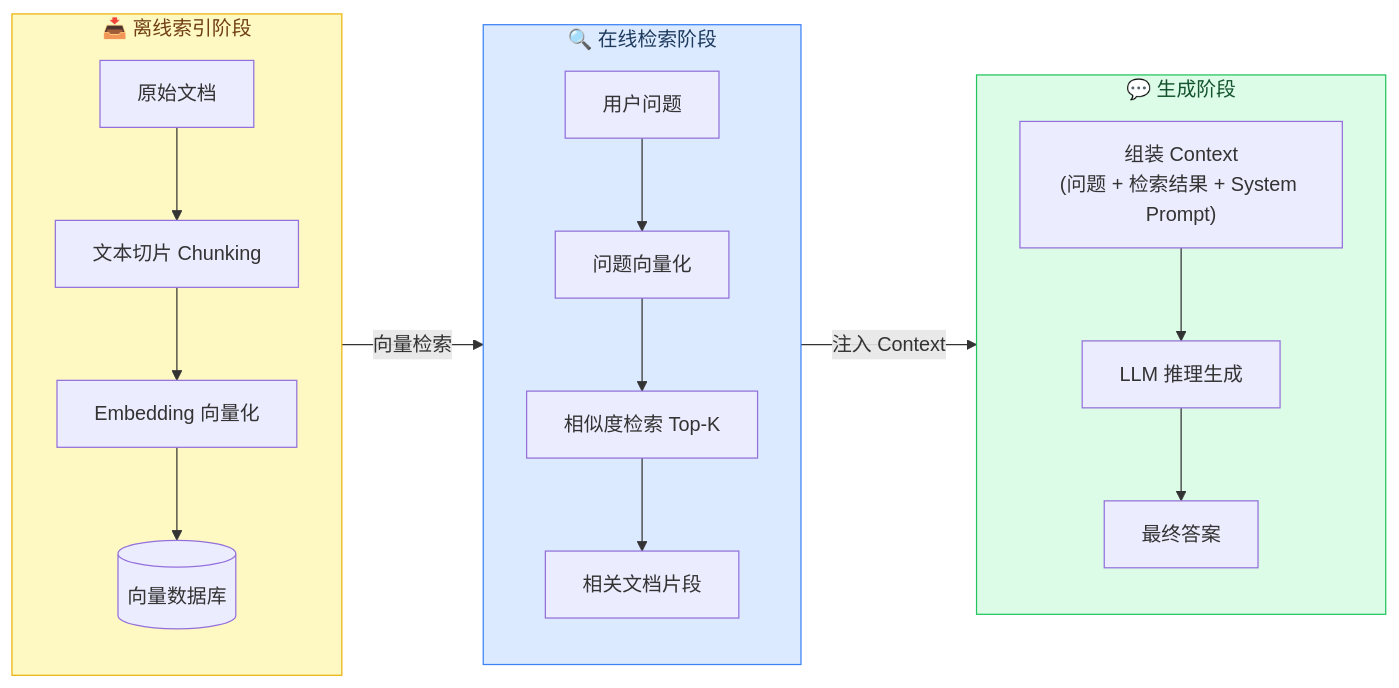
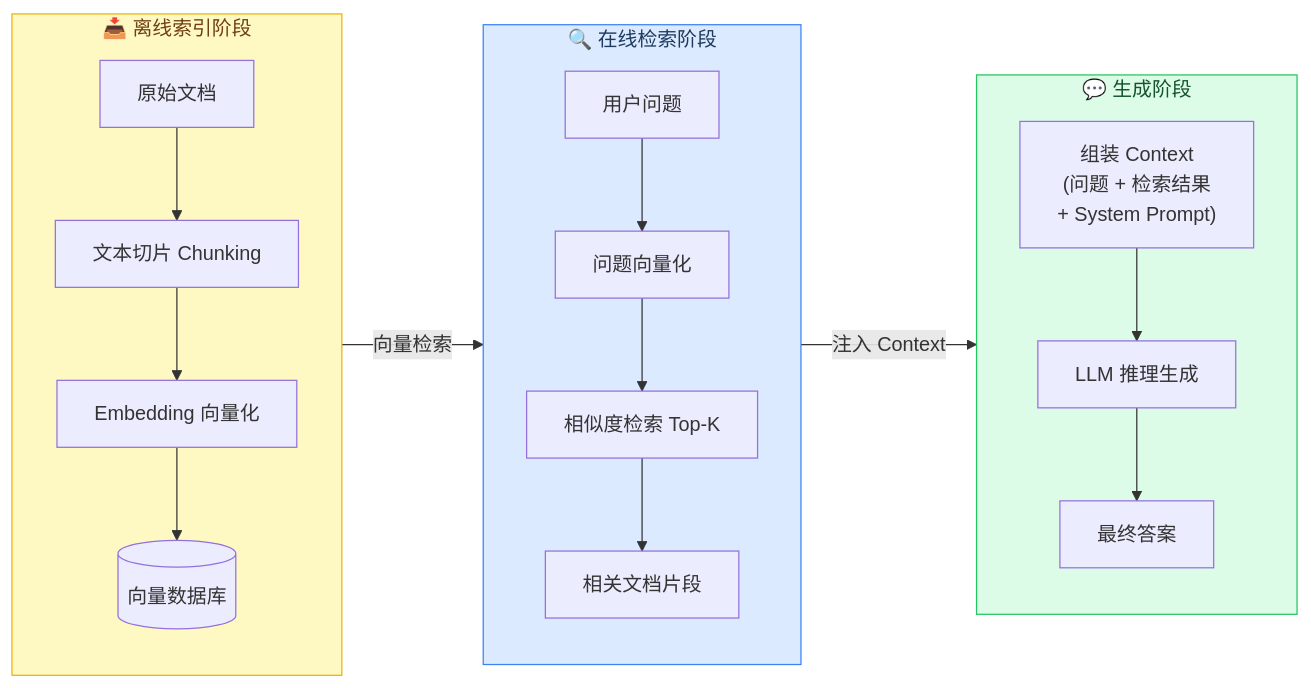
The sixth of 11 diagrams in ai/concepts/AI核心概念梳理-LLM-Prompt-Agent-RAG-MCP-Skill-Context-Harness.md (geekchow/technical-knowledge), drawn with Mermaid before and after one commit. The commit also changed other lines of this file and 9 other files, not shown here.

Commit message:
fix mermaid label store issue.

````diff
--- a/ai/concepts/AI核心概念梳理-LLM-Prompt-Agent-RAG-MCP-Skill-Context-Harness.md
+++ b/ai/concepts/AI核心概念梳理-LLM-Prompt-Agent-RAG-MCP-Skill-Context-Harness.md
@@ -146,35 +146,35 @@
 ```mermaid
 flowchart LR
     subgraph INGEST["📥 离线索引阶段"]
         direction TB
         D1[原始文档]
         D2[文本切片 Chunking]
         D3[Embedding 向量化]
         D4[(向量数据库)]
         D1 --> D2 --> D3 --> D4
     end
 
     subgraph QUERY["🔍 在线检索阶段"]
         direction TB
         Q1[用户问题]
         Q2[问题向量化]
         Q3[相似度检索 Top-K]
         Q4[相关文档片段]
         Q1 --> Q2 --> Q3 --> Q4
     end
 
     subgraph GENERATE["💬 生成阶段"]
         direction TB
-        G1["组装 Context\n(问题 + 检索结果 + System Prompt)"]
+        G1["组装 Context<br/>(问题 + 检索结果<br/>+ System Prompt)"]
         G2[LLM 推理生成]
         G3[最终答案]
         G1 --> G2 --> G3
     end
 
     D4 -->|"向量检索"| Q3
     Q4 -->|"注入 Context"| G1
 
     style INGEST fill:#fef9c3,stroke:#eab308,color:#713f12
     style QUERY fill:#dbeafe,stroke:#3b82f6,color:#1e3a5f
     style GENERATE fill:#dcfce7,stroke:#22c55e,color:#14532d
 ```
````
